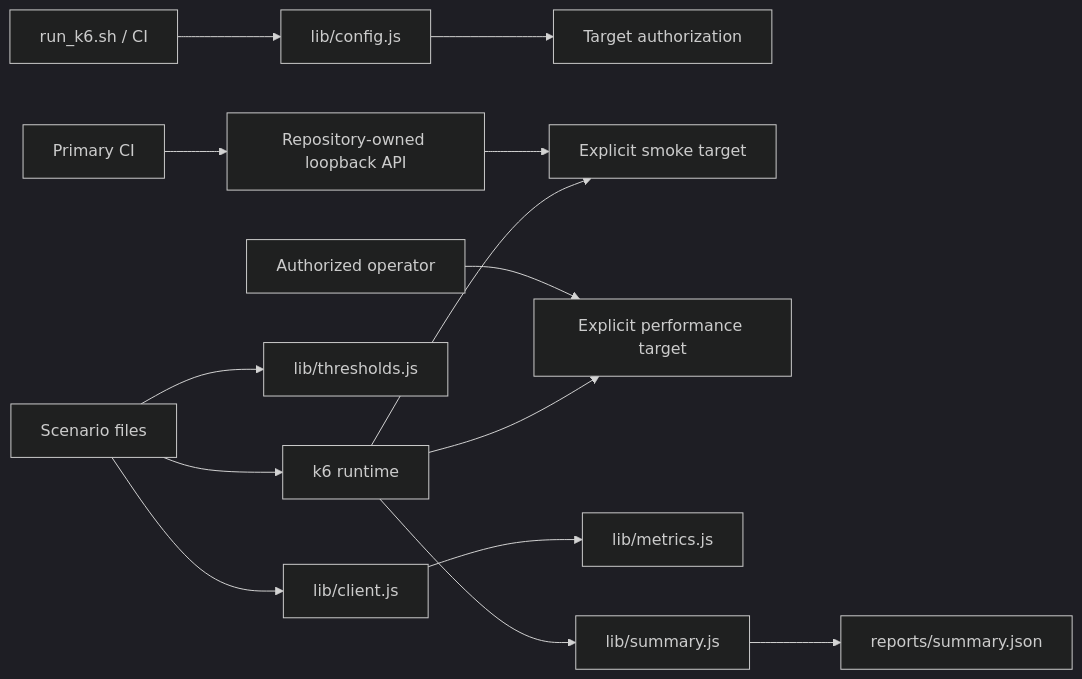
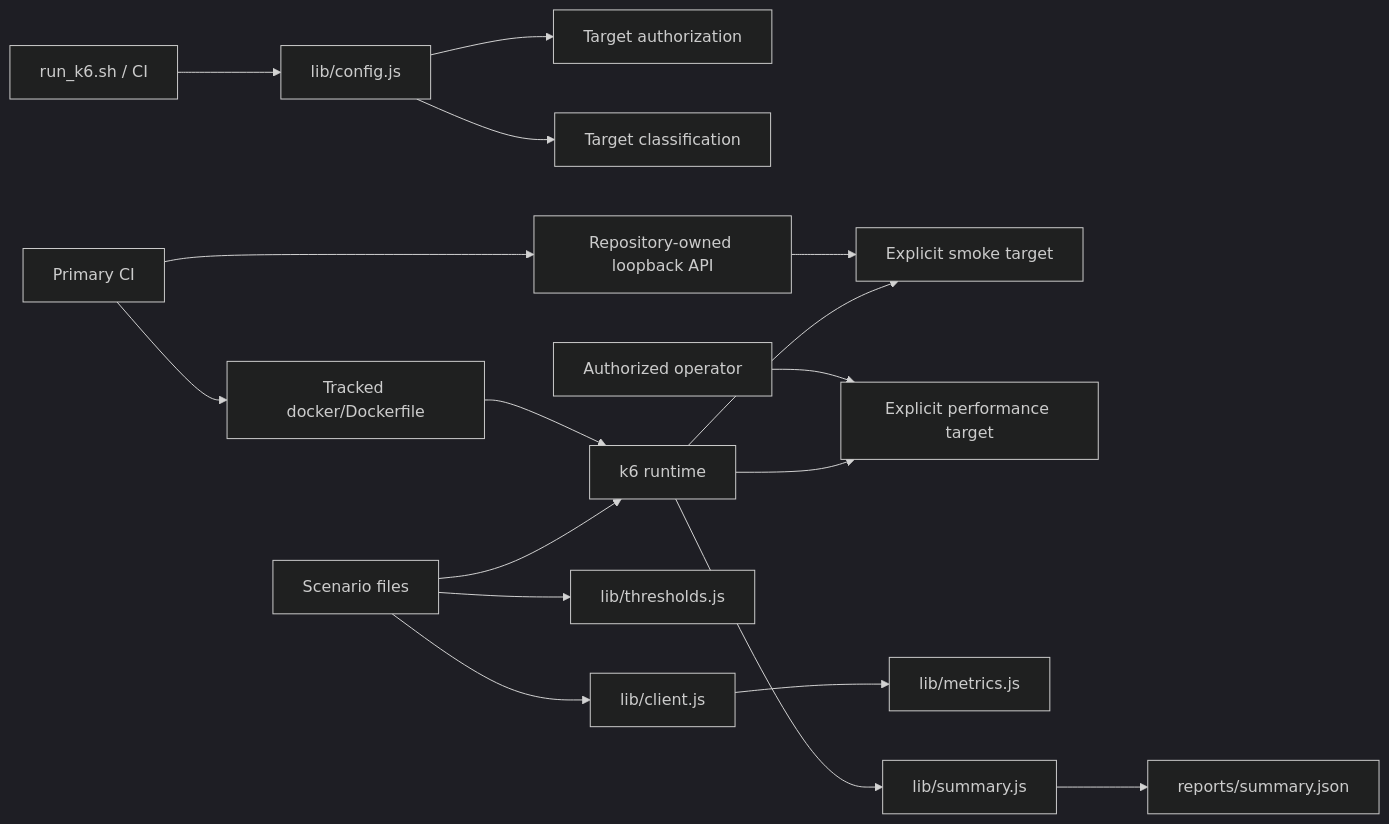
Before and after one commit to portyu9/qa-automation-load-k6: the diagram in docs/ARCHITECTURE.md, drawn with Mermaid (dark theme). The commit also changed other lines of this file, not shown here.

Commit message:
document k6 runtime, metrics, and correlation safety

````diff
--- a/docs/ARCHITECTURE.md
+++ b/docs/ARCHITECTURE.md
@@ -7,16 +7,19 @@
 ```mermaid
 flowchart LR
     CLI[run_k6.sh / CI] --> CFG[lib/config.js]
     CFG --> AUTH[Target authorization]
-    CI[Primary CI] --> FIXTURE[Repository-owned loopback API]
+    CFG --> CLASS[Target classification]
+    CI[Primary CI] --> IMAGE[Tracked docker/Dockerfile]
+    IMAGE --> K6[k6 runtime]
+    CI --> FIXTURE[Repository-owned loopback API]
     FIXTURE --> TARGET[Explicit smoke target]
     OP[Authorized operator] --> TARGET2[Explicit performance target]
     TEST[Scenario files] --> TH[lib/thresholds.js]
     TEST --> CL[lib/client.js]
     CL --> M[lib/metrics.js]
-    TEST --> K6[k6 runtime]
+    TEST --> K6
     K6 --> TARGET
     K6 --> TARGET2
     K6 --> SUM[lib/summary.js]
     SUM --> REPORT[reports/summary.json]
 ```
````
